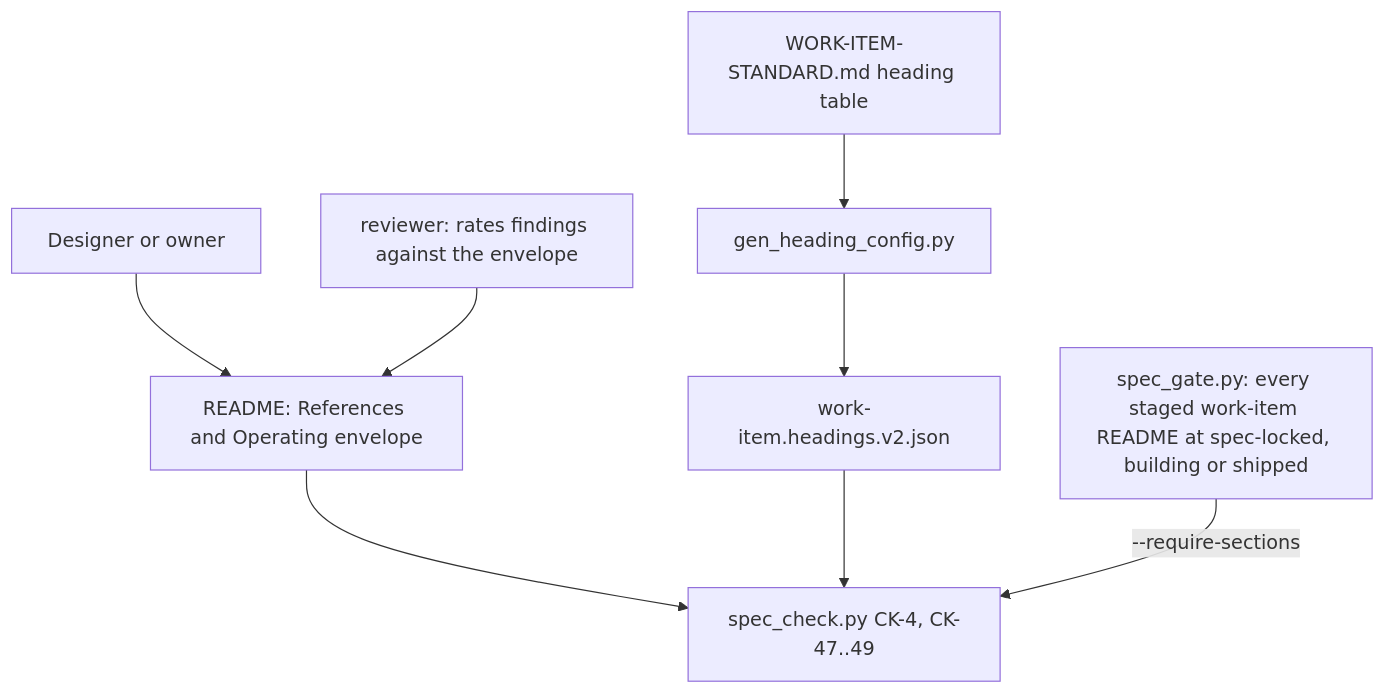
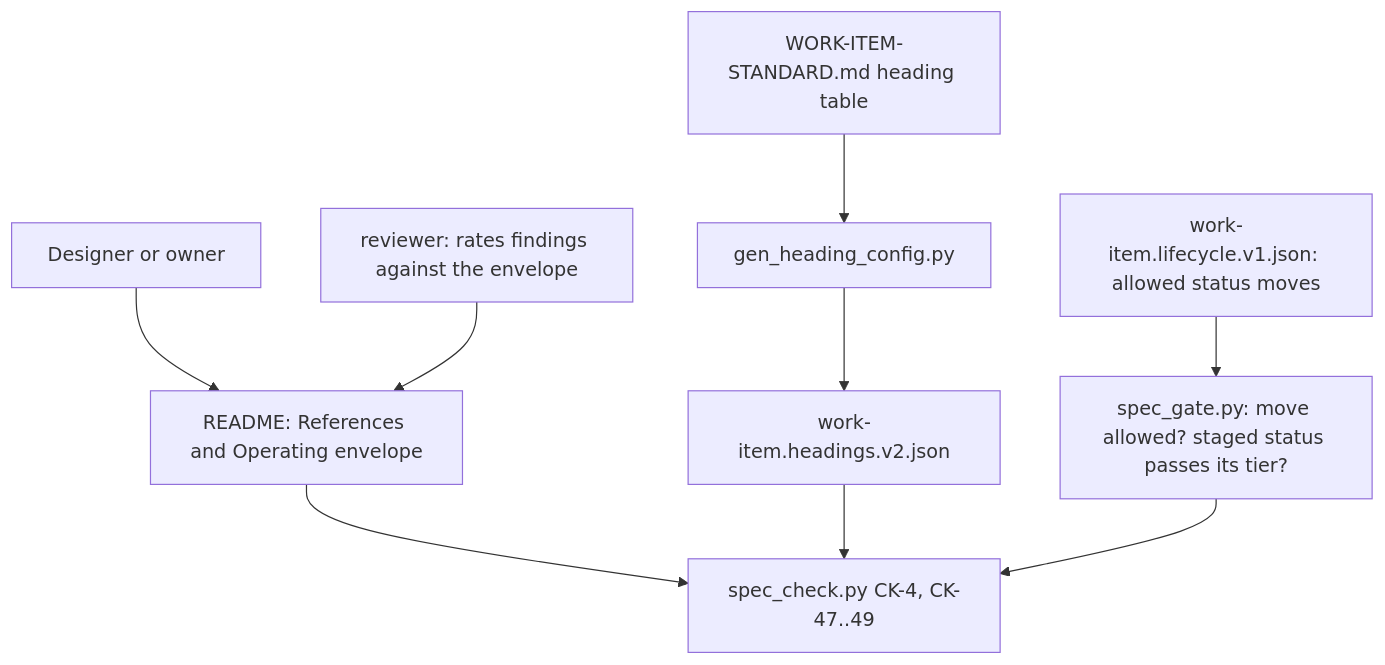
Before and after one commit to sibulus13/claudence: the diagram in docs/work/spec-references-envelope/README.md, drawn with Mermaid. The commit also changed other lines of this file and 2 other files, not shown here.

First line of the commit message:
docs(work): lock spec-references-envelope (lifecycle as data, T1-T9)

````diff
--- a/docs/work/spec-references-envelope/README.md
+++ b/docs/work/spec-references-envelope/README.md
@@ -17,10 +17,11 @@
 ```mermaid
 flowchart TD
   D[Designer or owner] --> R[README: References and Operating envelope]
   R --> K[spec_check.py CK-4, CK-47..49]
   G[gen_heading_config.py] --> J[work-item.headings.v2.json]
   J --> K
   S[WORK-ITEM-STANDARD.md heading table] --> G
-  C[spec_gate.py: every staged work-item README at spec-locked, building or shipped] -->|--require-sections| K
+  LC[work-item.lifecycle.v1.json: allowed status moves] --> C[spec_gate.py: move allowed? staged status passes its tier?]
+  C --> K
   RV[reviewer: rates findings against the envelope] --> R
 ```
````
